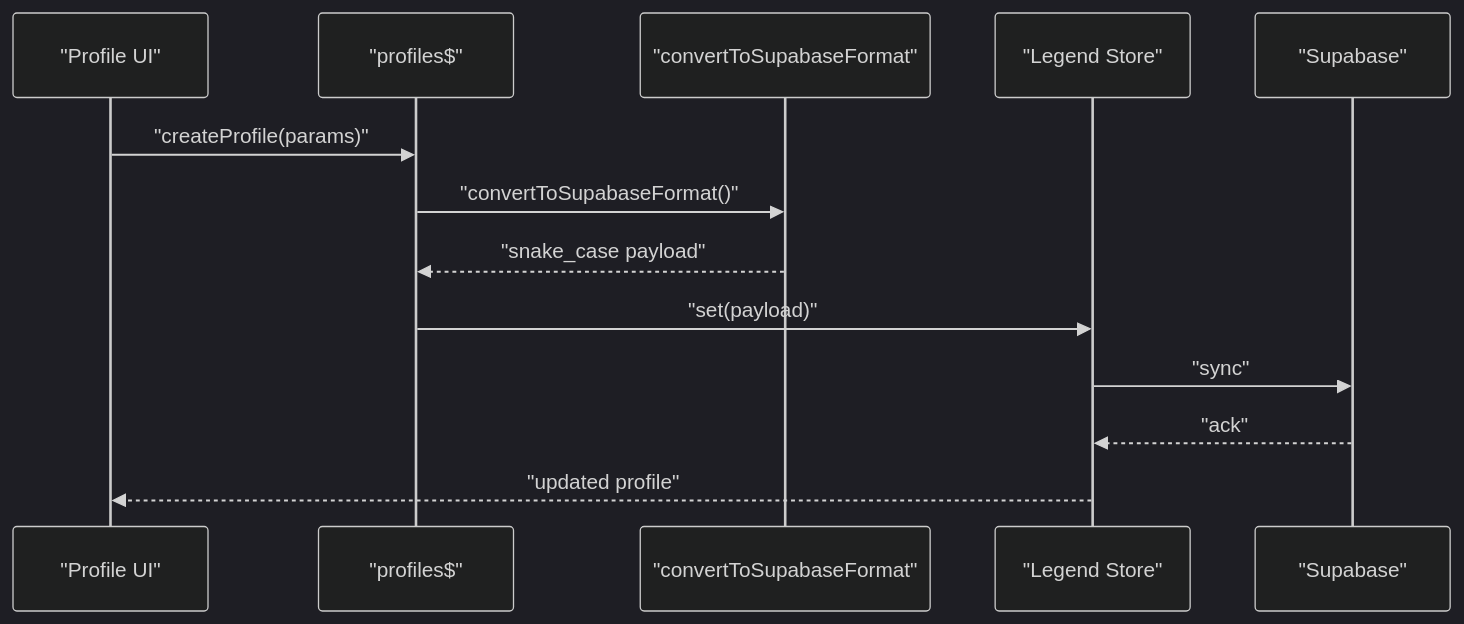
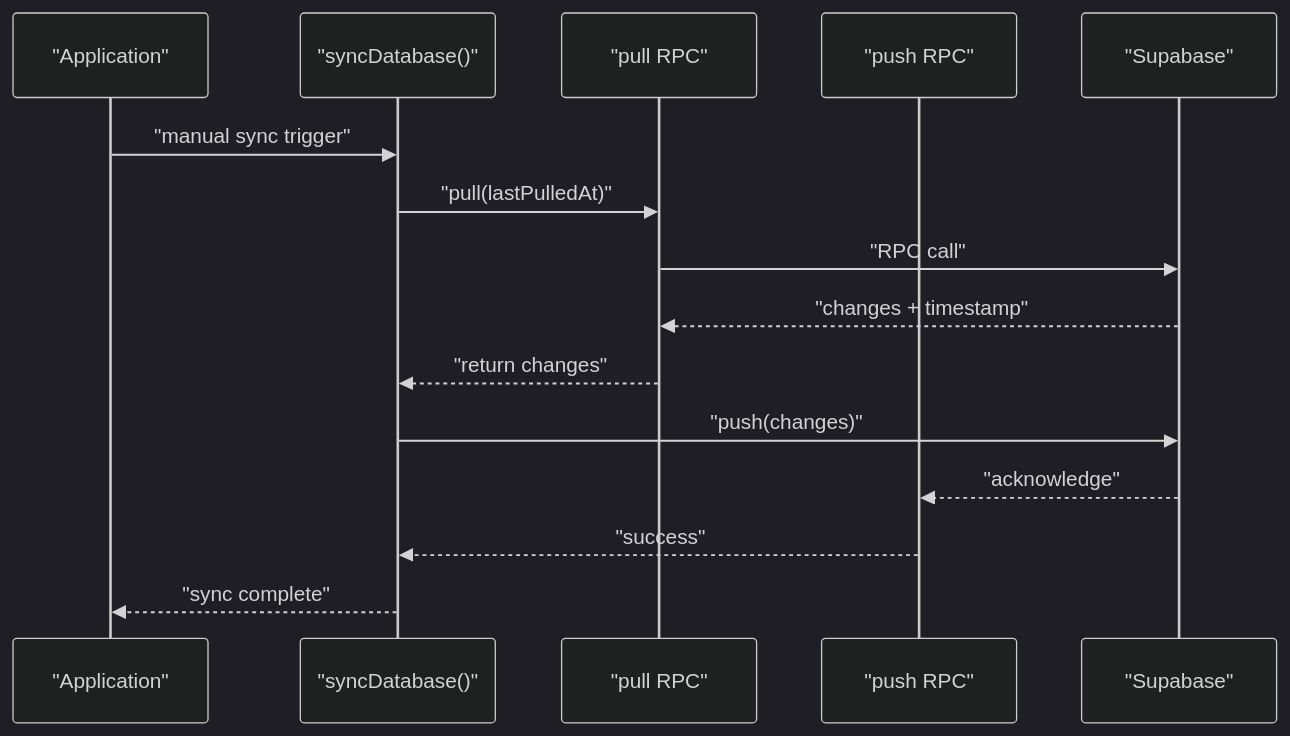
One commit to karllasouzza/PowerLists changed the sixth of 11 diagrams in .qoder/repowiki/en/content/State Management Architecture/State Management Architecture.md. Above: the diagram before and after it, drawn with Mermaid (dark theme). The commit also changed other lines of this file and 5 other files, not shown here.

````diff
--- a/.qoder/repowiki/en/content/State Management Architecture/State Management Architecture.md
+++ b/.qoder/repowiki/en/content/State Management Architecture/State Management Architecture.md
@@ -287,15 +308,17 @@
 ```mermaid
 sequenceDiagram
-participant UI as "Profile UI"
-participant Profiles as "profiles$"
-participant Conv as "convertToSupabaseFormat"
-participant Store as "Legend Store"
-participant Supabase as "Supabase"
-UI->>Profiles : "createProfile(params)"
-Profiles->>Conv : "convertToSupabaseFormat()"
-Conv-->>Profiles : "snake_case payload"
-Profiles->>Store : "set(payload)"
-Store->>Supabase : "sync"
-Supabase-->>Store : "ack"
-Store-->>UI : "updated profile"
+participant App as "Application"
+participant Sync as "syncDatabase()"
+participant Pull as "pull RPC"
+participant Push as "push RPC"
+participant Server as "Supabase"
+App->>Sync : "manual sync trigger"
+Sync->>Pull : "pull(lastPulledAt)"
+Pull->>Server : "RPC call"
+Server-->>Pull : "changes + timestamp"
+Pull-->>Sync : "return changes"
+Sync->>Server : "push(changes)"
+Server-->>Push : "acknowledge"
+Push-->>Sync : "success"
+Sync-->>App : "sync complete"
 ```
````
